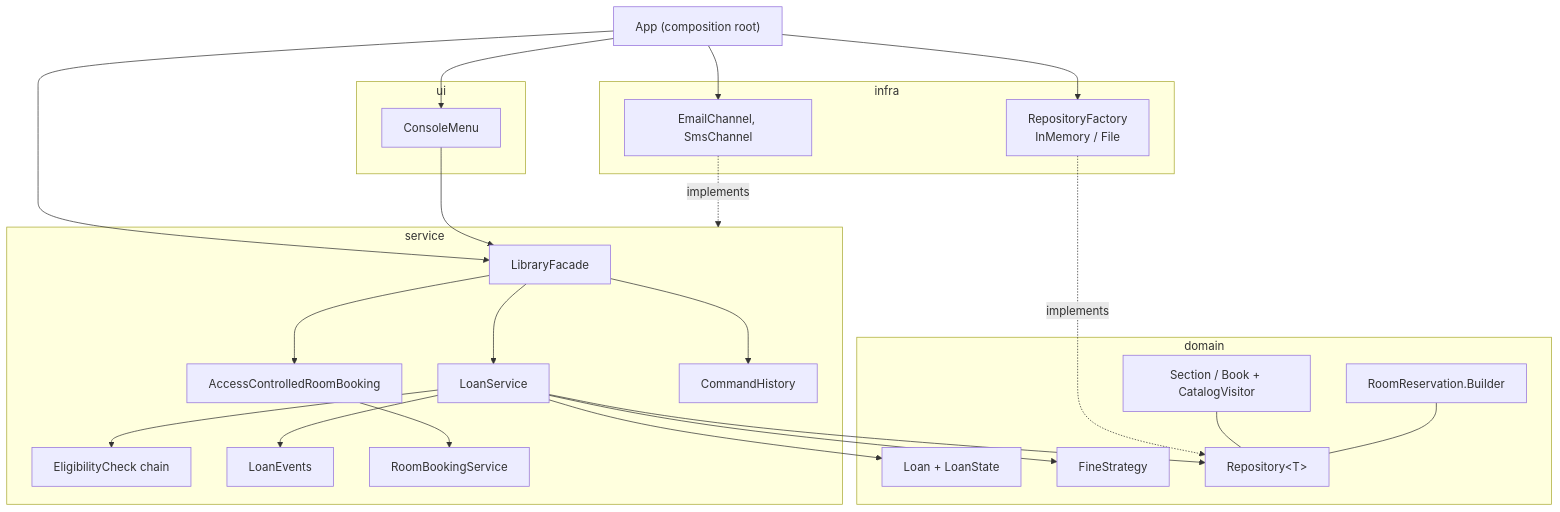
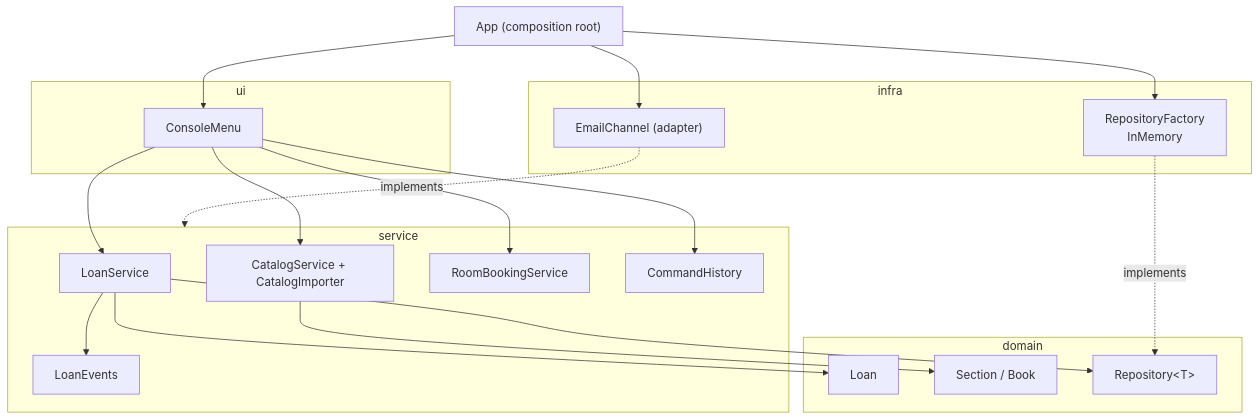
Before and after one commit to hasibjamal/campus-library: the diagram in README.md, drawn with Mermaid. The commit also changed other lines of this file and 66 other files, not shown here.

First line of the commit message:
feat: core domain with Composite, Abstract Factory, Observer, Adapter, Command, Template Method

````diff
--- a/README.md
+++ b/README.md
@@ -48,36 +48,29 @@
 ```mermaid
 flowchart TB
     App["App (composition root)"]
     subgraph UI["ui"]
         Console[ConsoleMenu]
     end
     subgraph Infra["infra"]
-        RF["RepositoryFactory<br/>InMemory / File"]
-        Ch["EmailChannel, SmsChannel"]
+        RF["RepositoryFactory<br/>InMemory"]
+        Ch["EmailChannel (adapter)"]
     end
     subgraph Service["service"]
-        Facade[LibraryFacade]
         LoanS[LoanService]
-        Chain[EligibilityCheck chain]
+        CatS["CatalogService + CatalogImporter"]
+        RoomS[RoomBookingService]
         Events[LoanEvents]
-        Proxy[AccessControlledRoomBooking]
-        RoomS[RoomBookingService]
         Cmd[CommandHistory]
     end
     subgraph Domain["domain"]
-        Loan["Loan + LoanState"]
-        Fine[FineStrategy]
-        Cat["Section / Book + CatalogVisitor"]
-        Res["RoomReservation.Builder"]
+        Loan[Loan]
+        Cat["Section / Book"]
         Repo["Repository&lt;T&gt;"]
     end
-    App --> Console & RF & Ch & Facade
-    Console --> Facade
-    Facade --> LoanS & Proxy & Cmd
-    Proxy --> RoomS
-    LoanS --> Chain & Events & Loan & Fine & Repo
+    App --> Console & RF & Ch
+    Console --> LoanS & CatS & RoomS & Cmd
+    LoanS --> Events & Loan & Repo
+    CatS --> Cat
     RF -. implements .-> Repo
     Ch -. implements .-> Service
-    Cat --- Repo
-    Res --- Repo
 ```
````
